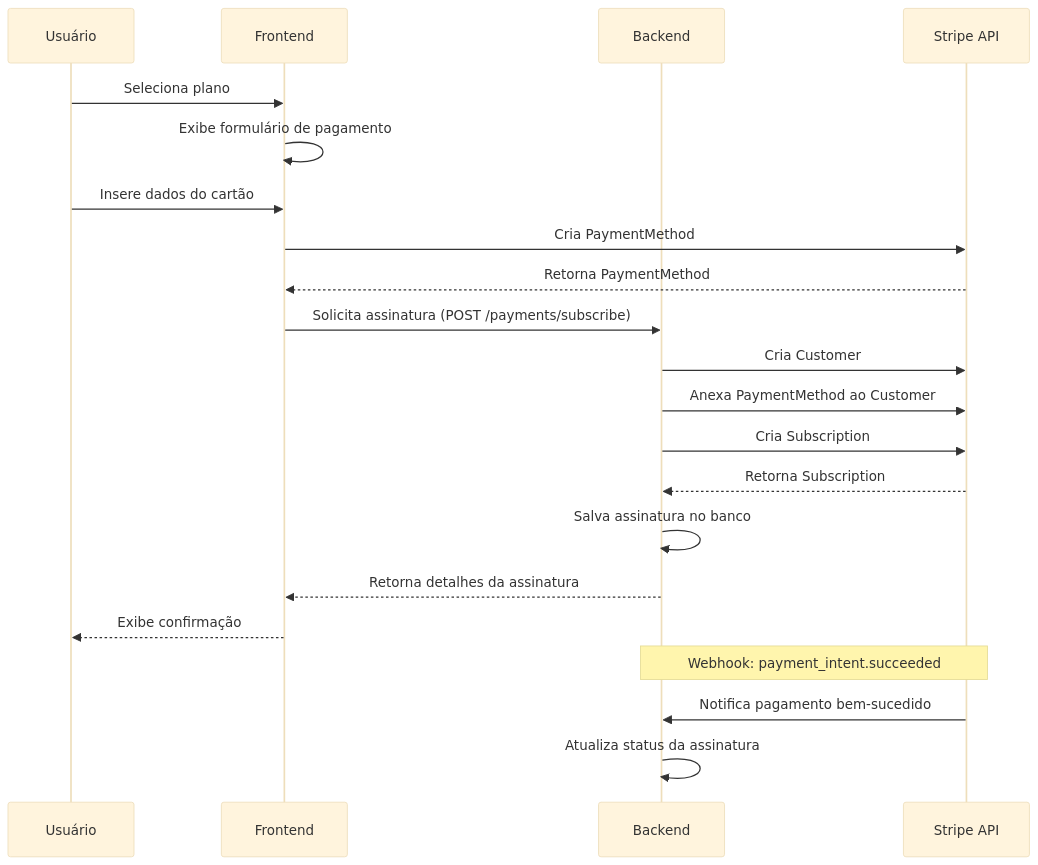
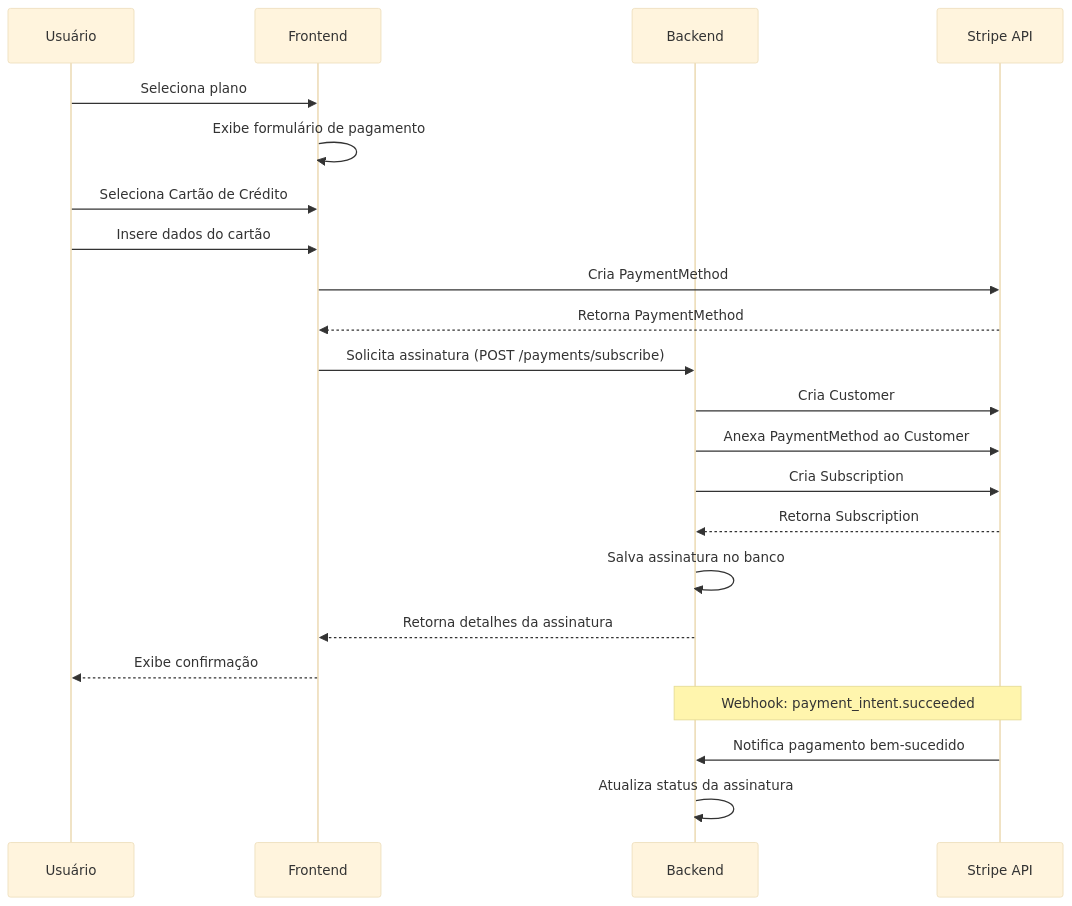
The first of 2 diagrams in tutorials/integrate-payment-gateway.mdx (FitLocus/docs), drawn with Mermaid (base theme) before and after one commit. The commit also changed other lines of this file and 4 other files, not shown here.

````diff
--- a/tutorials/integrate-payment-gateway.mdx
+++ b/tutorials/integrate-payment-gateway.mdx
@@ -260,25 +649,26 @@
 ```mermaid
 sequenceDiagram
     participant U as Usuário
     participant F as Frontend
     participant B as Backend
     participant S as Stripe API
     
     U->>F: Seleciona plano
     F->>F: Exibe formulário de pagamento
+    U->>F: Seleciona Cartão de Crédito
     U->>F: Insere dados do cartão
     F->>S: Cria PaymentMethod
     S-->>F: Retorna PaymentMethod
     F->>B: Solicita assinatura (POST /payments/subscribe)
     B->>S: Cria Customer
     B->>S: Anexa PaymentMethod ao Customer
     B->>S: Cria Subscription
     S-->>B: Retorna Subscription
     B->>B: Salva assinatura no banco
     B-->>F: Retorna detalhes da assinatura
     F-->>U: Exibe confirmação
     
     Note over S,B: Webhook: payment_intent.succeeded
     S->>B: Notifica pagamento bem-sucedido
     B->>B: Atualiza status da assinatura
 ```
````
